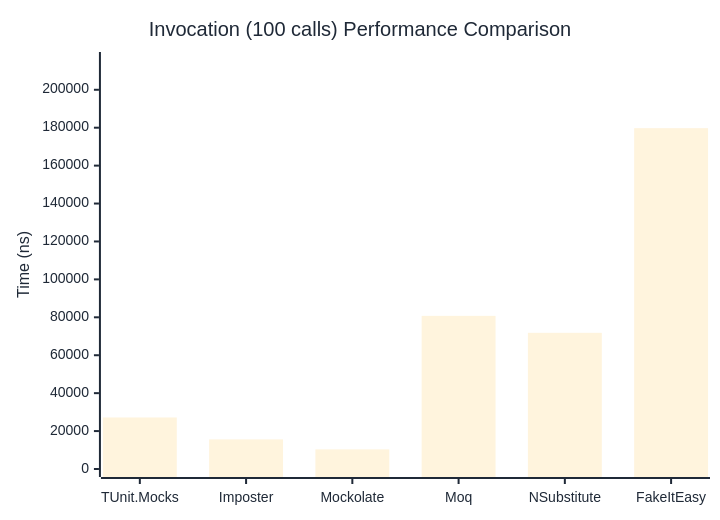
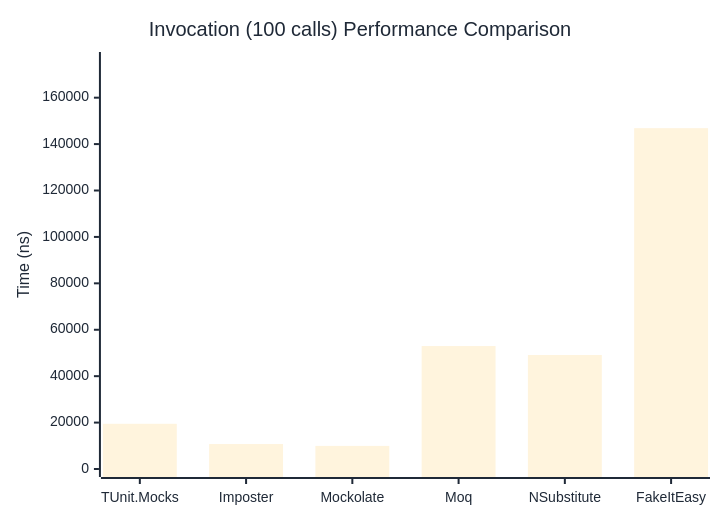
One commit to thomhurst/TUnit changed the third of 3 diagrams in docs/docs/benchmarks/mocks/Invocation.md. Above: the diagram before and after it, drawn with Mermaid. The commit also changed other lines of this file and 14 other files, not shown here.

````diff
--- a/docs/docs/benchmarks/mocks/Invocation.md
+++ b/docs/docs/benchmarks/mocks/Invocation.md
@@ -112,27 +112,27 @@
 ```mermaid
 %%{init: {
   'theme':'base',
   'themeVariables': {
     'primaryColor': '#2563eb',
     'primaryTextColor': '#1f2937',
     'primaryBorderColor': '#1e40af',
     'lineColor': '#6b7280',
     'secondaryColor': '#7c3aed',
     'tertiaryColor': '#dc2626',
     'background': '#ffffff',
     'pie1': '#2563eb',
     'pie2': '#7c3aed',
     'pie3': '#dc2626',
     'pie4': '#f59e0b',
     'pie5': '#10b981',
     'pie6': '#06b6d4',
     'pie7': '#ec4899',
     'pie8': '#6366f1'
   }
 }}%%
 xychart-beta
   title "Invocation (100 calls) Performance Comparison"
   x-axis ["TUnit.Mocks", "Imposter", "Mockolate", "Moq", "NSubstitute", "FakeItEasy"]
-  y-axis "Time (ns)" 0 --> 215701
-  bar [27178.86, 15614.1, 10357.34, 80766.57, 71815.65, 179750.77]
+  y-axis "Time (ns)" 0 --> 176235
+  bar [19478.61, 10747.53, 9955.23, 52975.08, 49125.56, 146862.14]
 ```
````
